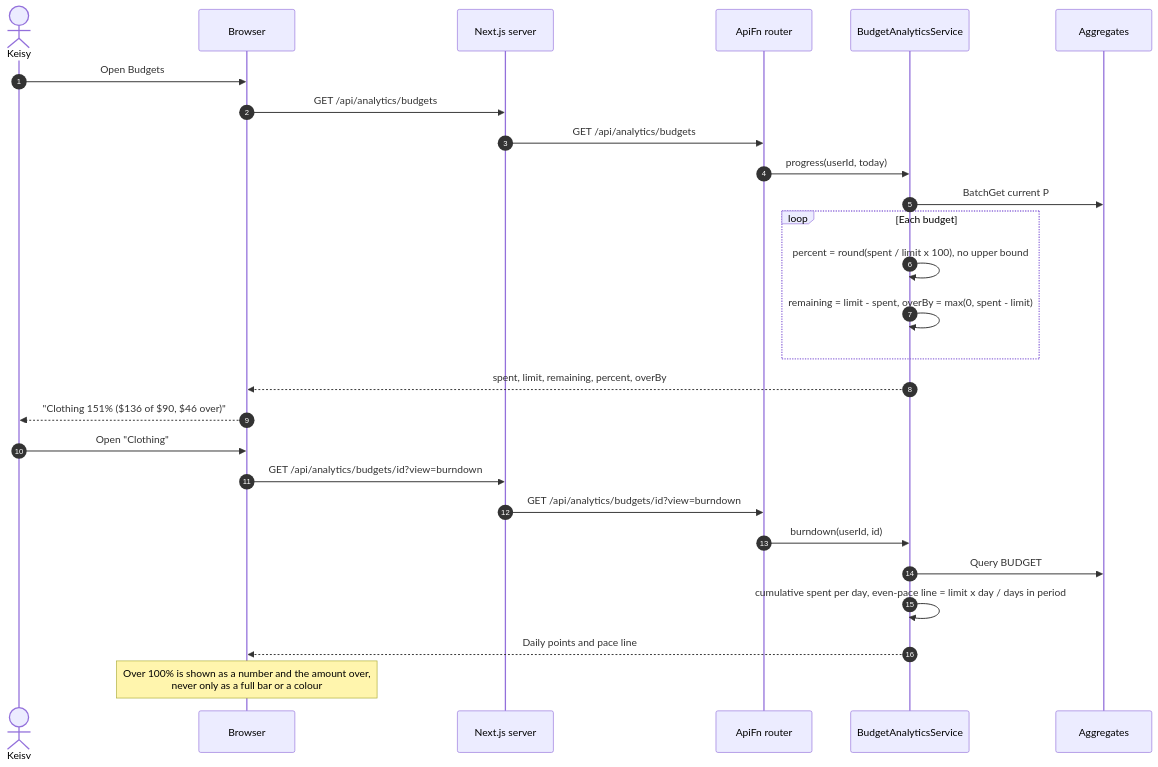
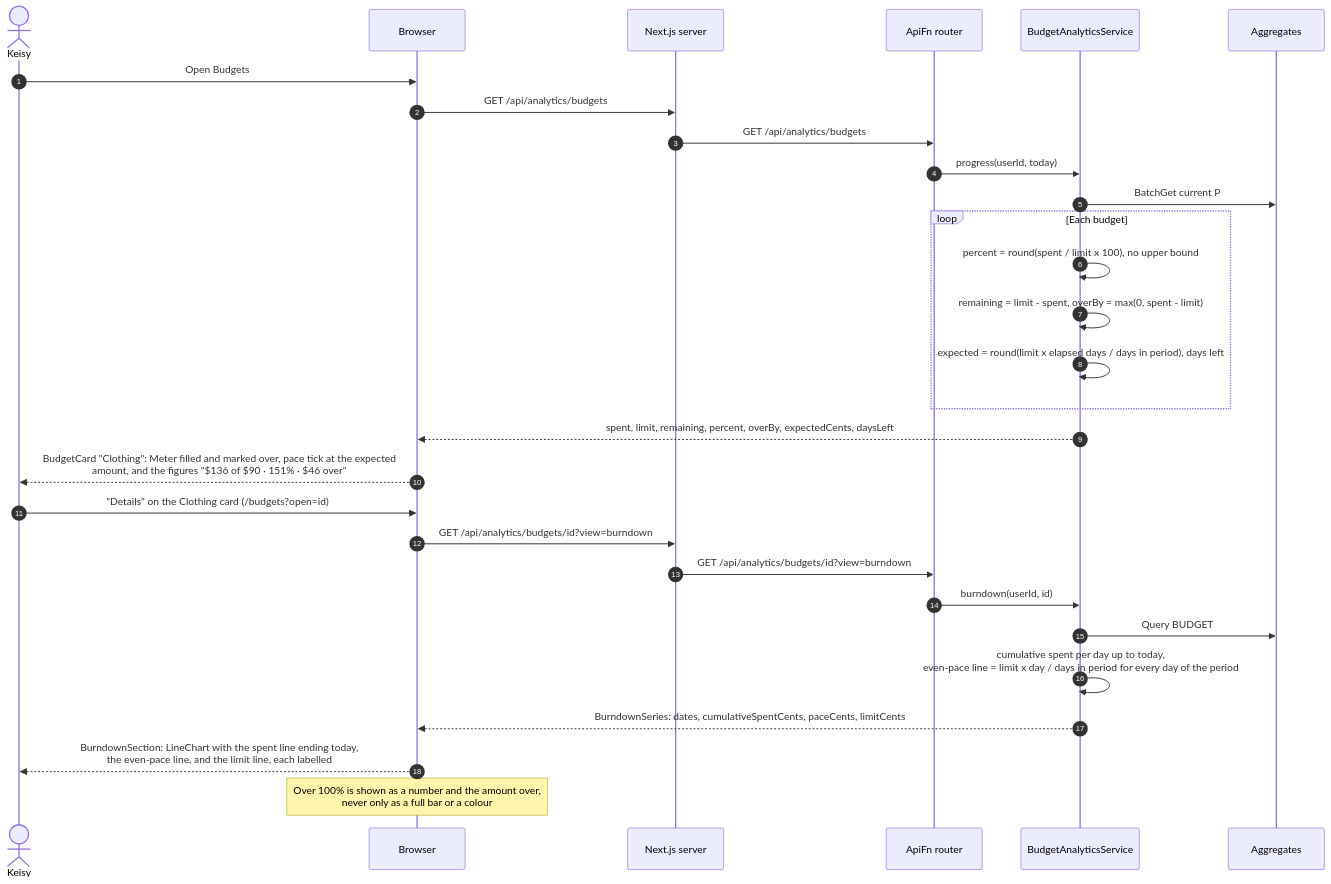
One commit to Ezequiel294/cs3365-finance-app changed the fourth of 4 diagrams in docs/diagrams/sequences/03-budgets-and-limits.md. Above: the diagram before and after it, drawn with Mermaid. The commit also changed other lines of this file and 18 other files, not shown here.

Commit message:
attempt 3 design/architecture changes

````diff
--- a/docs/diagrams/sequences/03-budgets-and-limits.md
+++ b/docs/diagrams/sequences/03-budgets-and-limits.md
@@ -113,30 +146,32 @@
 ```mermaid
 sequenceDiagram
     autonumber
     actor U as Keisy
     participant UI as Browser
     participant Web as Next.js server
     participant API as ApiFn router
     participant BA as BudgetAnalyticsService
     participant Agg as Aggregates
 
     U->>UI: Open Budgets
     UI->>Web: GET /api/analytics/budgets
     Web->>API: GET /api/analytics/budgets
     API->>BA: progress(userId, today)
     BA->>Agg: BatchGet current P# items
     loop Each budget
         BA->>BA: percent = round(spent / limit x 100), no upper bound
         BA->>BA: remaining = limit - spent, overBy = max(0, spent - limit)
+        BA->>BA: expected = round(limit x elapsed days / days in period), days left
     end
-    BA-->>UI: spent, limit, remaining, percent, overBy
-    UI-->>U: "Clothing 151% ($136 of $90, $46 over)"
-    U->>UI: Open "Clothing"
+    BA-->>UI: spent, limit, remaining, percent, overBy, expectedCents, daysLeft
+    UI-->>U: BudgetCard "Clothing": Meter filled and marked over, pace tick at the expected<br/>amount, and the figures "$136 of $90 · 151% · $46 over"
+    U->>UI: "Details" on the Clothing card (/budgets?open=id)
     UI->>Web: GET /api/analytics/budgets/id?view=burndown
     Web->>API: GET /api/analytics/budgets/id?view=burndown
     API->>BA: burndown(userId, id)
     BA->>Agg: Query BUDGET#id#D# from period start to today
-    BA->>BA: cumulative spent per day, even-pace line = limit x day / days in period
-    BA-->>UI: Daily points and pace line
+    BA->>BA: cumulative spent per day up to today,<br/>even-pace line = limit x day / days in period for every day of the period
+    BA-->>UI: BurndownSeries: dates, cumulativeSpentCents, paceCents, limitCents
+    UI-->>U: BurndownSection: LineChart with the spent line ending today,<br/>the even-pace line, and the limit line, each labelled
     Note over UI: Over 100% is shown as a number and the amount over,<br/>never only as a full bar or a colour
 ```
````
